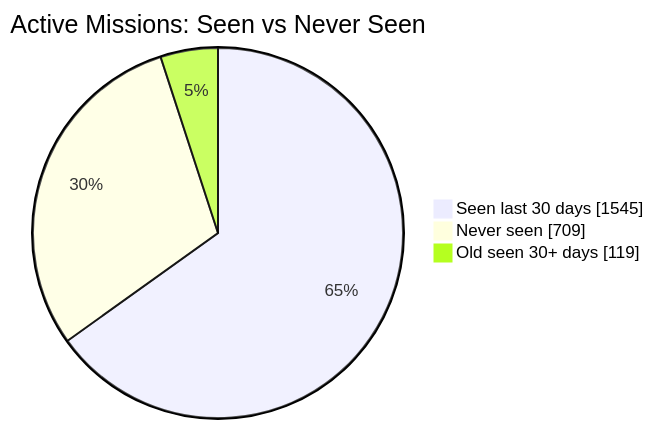
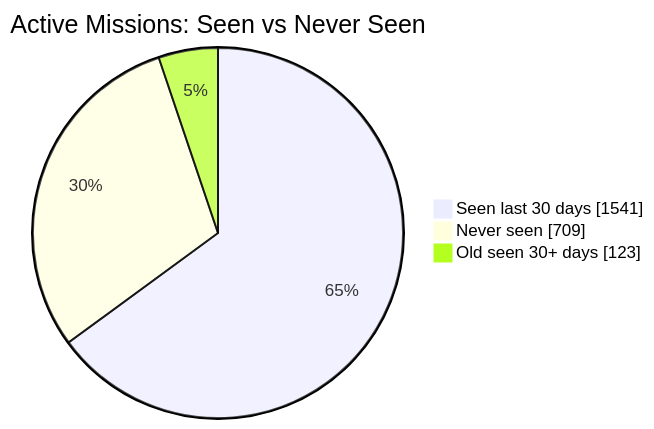
The first of 2 diagrams in README.md (MeldkamerspelGameTeam/active-missions), drawn with Mermaid before and after one commit. The commit also changed other lines of this file and 2 other files, not shown here.

````diff
--- a/README.md
+++ b/README.md
@@ -34,7 +34,7 @@
 ```mermaid
 pie showData
     title Active Missions: Seen vs Never Seen
-    "Seen last 30 days" : 1545
+    "Seen last 30 days" : 1541
     "Never seen" : 709
-    "Old seen 30+ days" : 119
+    "Old seen 30+ days" : 123
 ```
````
